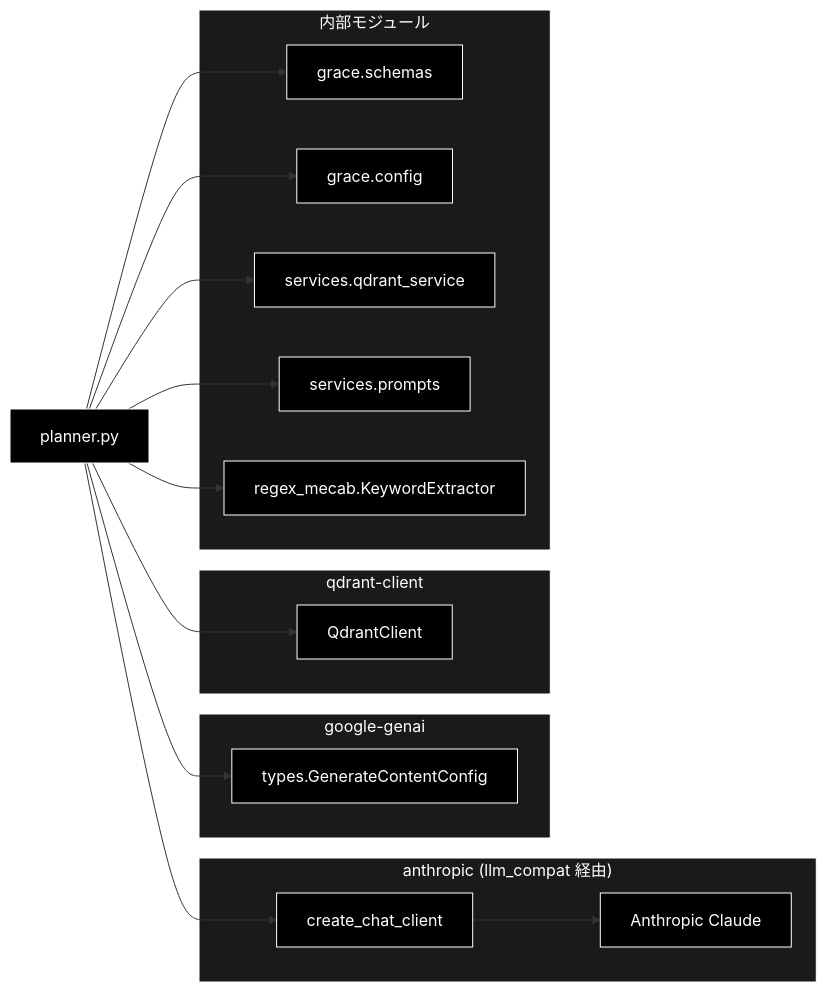
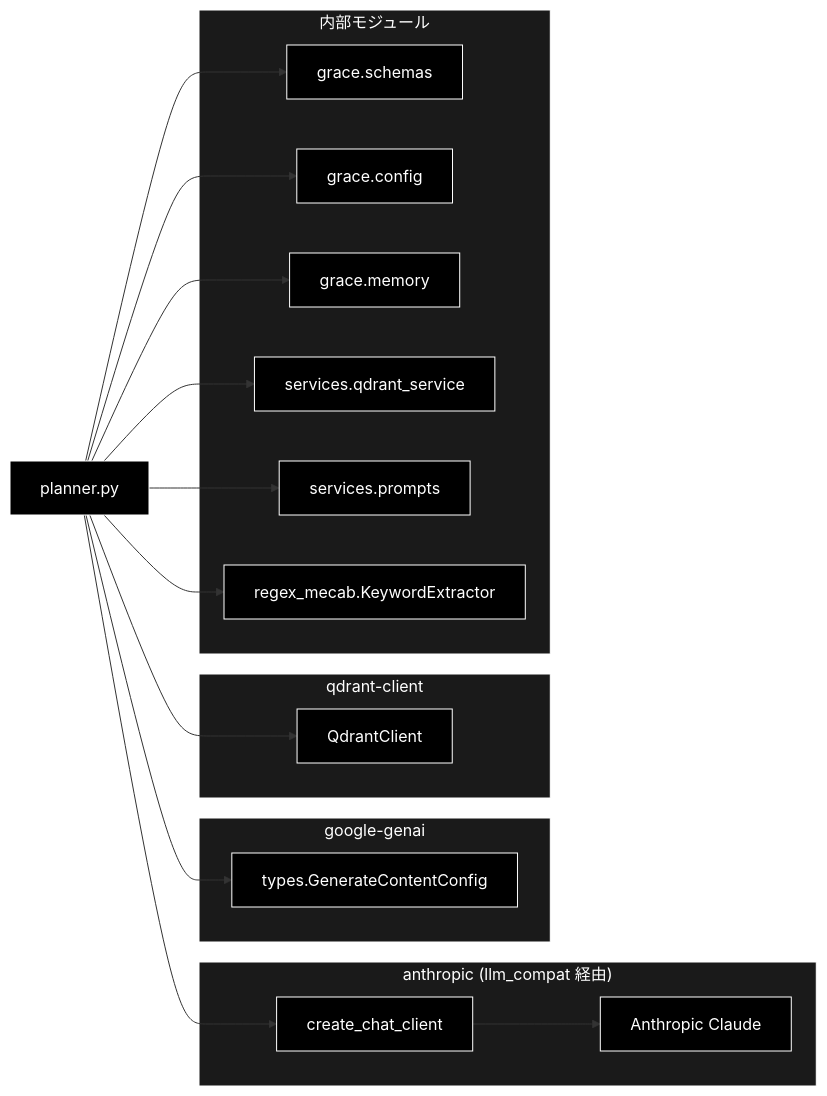
One commit to nakashima2toshio/anthropic_grace_agent_v2 changed the third of 3 diagrams in grace/doc/planner.md. Above: the diagram before and after it, drawn with Mermaid. The commit also changed other lines of this file, not shown here.

First line of the commit message:
docs(grace): planner.md を現行実装に合わせて v3.2 へ最新化

````diff
--- a/grace/doc/planner.md
+++ b/grace/doc/planner.md
@@ -737,42 +897,44 @@
 ```mermaid
 flowchart LR
     PLANNER["planner.py"]
 
     subgraph ANTHROPIC["anthropic (llm_compat 経由)"]
         CLIENT["create_chat_client"]
         CLAUDE["Anthropic Claude"]
     end
 
     subgraph GENAI["google-genai"]
         TYPES["types.GenerateContentConfig"]
     end
 
     subgraph QDRANT["qdrant-client"]
         QC["QdrantClient"]
     end
 
     subgraph INTERNAL["内部モジュール"]
         SCHEMAS["grace.schemas"]
         CONFIG["grace.config"]
+        MEMORY["grace.memory"]
         QSVC["services.qdrant_service"]
         PROMPTS["services.prompts"]
         MECAB["regex_mecab.KeywordExtractor"]
     end
 
     PLANNER --> CLIENT
     CLIENT --> CLAUDE
     PLANNER --> TYPES
     PLANNER --> QC
     PLANNER --> SCHEMAS
     PLANNER --> CONFIG
+    PLANNER --> MEMORY
     PLANNER --> QSVC
     PLANNER --> PROMPTS
     PLANNER --> MECAB
 classDef default fill:#000,stroke:#fff,color:#fff
 classDef subgraphStyle fill:#1a1a1a,stroke:#fff,color:#fff
-class PLANNER,CLIENT,CLAUDE,TYPES,QC,SCHEMAS,CONFIG,QSVC,PROMPTS,MECAB default
+class PLANNER,CLIENT,CLAUDE,TYPES,QC,SCHEMAS,CONFIG,MEMORY,QSVC,PROMPTS,MECAB default
 style ANTHROPIC fill:#1a1a1a,stroke:#fff,color:#fff
 style GENAI fill:#1a1a1a,stroke:#fff,color:#fff
 style QDRANT fill:#1a1a1a,stroke:#fff,color:#fff
 style INTERNAL fill:#1a1a1a,stroke:#fff,color:#fff
 ```
````
